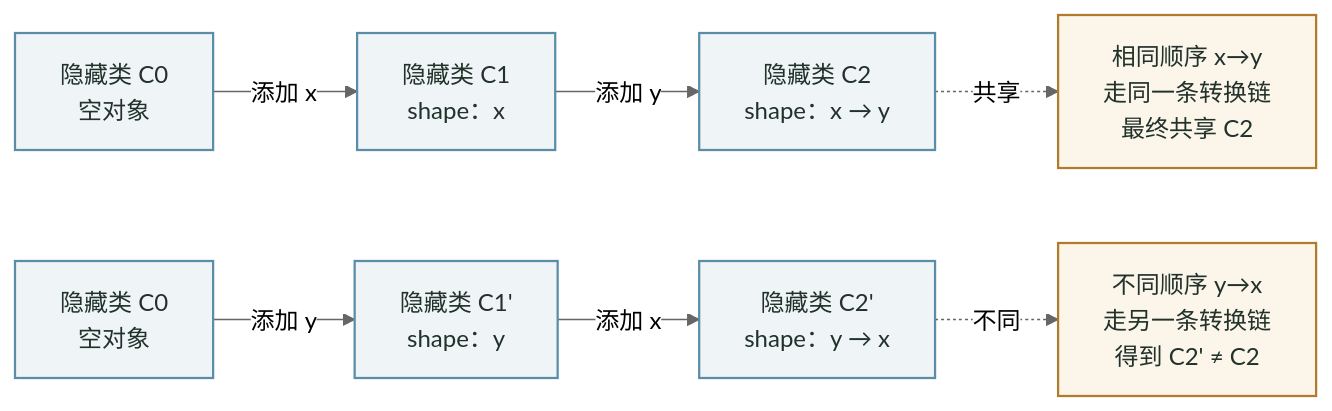
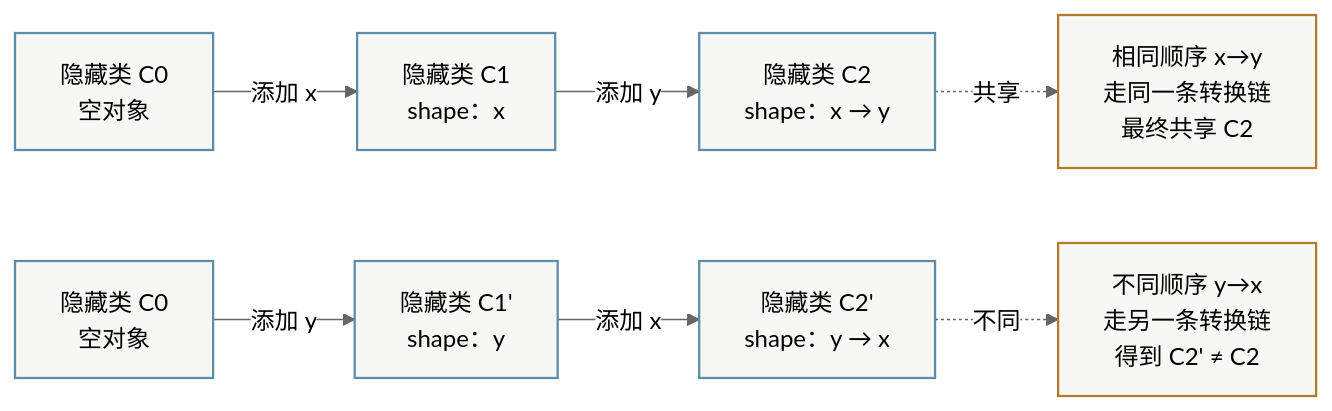
One commit to Fatejian/frontier-vault changed the third of 4 diagrams in docs/javascript/v8-jit-gc.md. Above: the diagram before and after it, drawn with Mermaid (neutral theme). The commit also changed other lines of this file and 65 other files, not shown here.

First line of the commit message:
fix(theme): unify mermaid chart palette and remove solid core fills

````diff
--- a/docs/javascript/v8-jit-gc.md
+++ b/docs/javascript/v8-jit-gc.md
@@ -189,19 +189,19 @@
 ```mermaid
 flowchart LR
     C0["隐藏类 C0<br/>空对象"] -- "添加 x" --> C1["隐藏类 C1<br/>shape：x"]
     C1 -- "添加 y" --> C2["隐藏类 C2<br/>shape：x → y"]
 
     C0a["隐藏类 C0<br/>空对象"] -- "添加 y" --> C1a["隐藏类 C1'<br/>shape：y"]
     C1a -- "添加 x" --> C2a["隐藏类 C2'<br/>shape：y → x"]
 
     Note1["相同顺序 x→y<br/>走同一条转换链<br/>最终共享 C2"]
     Note2["不同顺序 y→x<br/>走另一条转换链<br/>得到 C2' ≠ C2"]
 
     C2 -. "共享" .-> Note1
     C2a -. "不同" .-> Note2
 
-    classDef wait fill:#EFF5F7,stroke:#5B8CA8,color:#22322B,stroke-width:1.5px;
-    classDef block fill:#FBF5EA,stroke:#B27B2C,color:#22322B,stroke-width:1.5px;
+    classDef wait fill:#F7F7F3,stroke:#5B8CA8,stroke-width:1.5px;
+    classDef block fill:#F7F7F3,stroke:#B27B2C,stroke-width:1.5px;
     class C0,C1,C2,C0a,C1a,C2a wait;
     class Note1,Note2 block;
 ```
````
